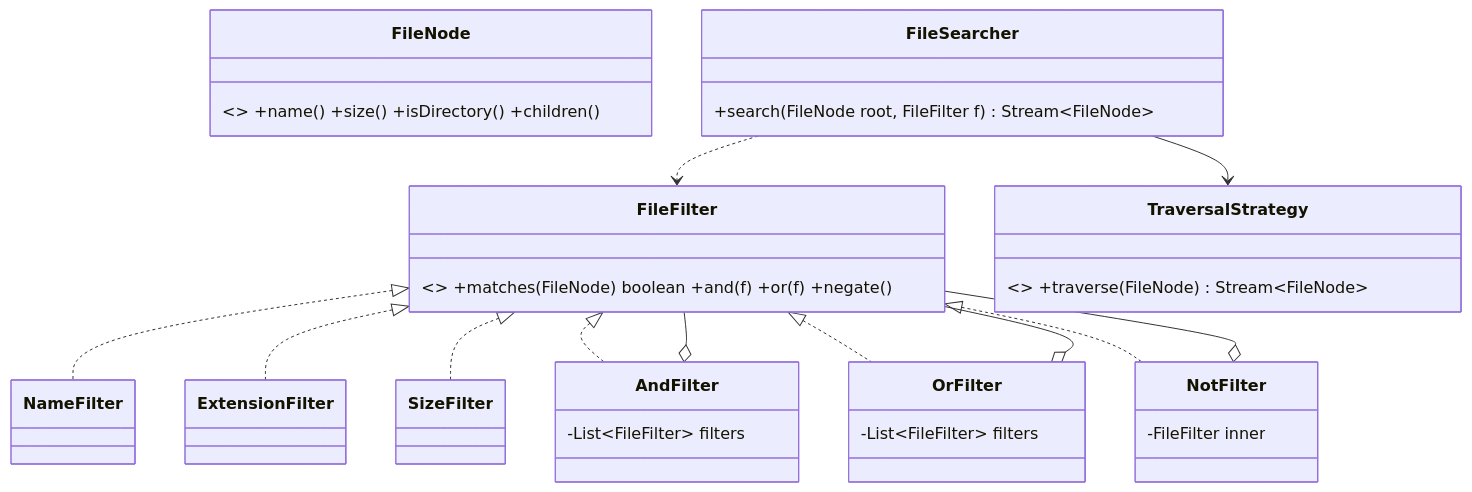
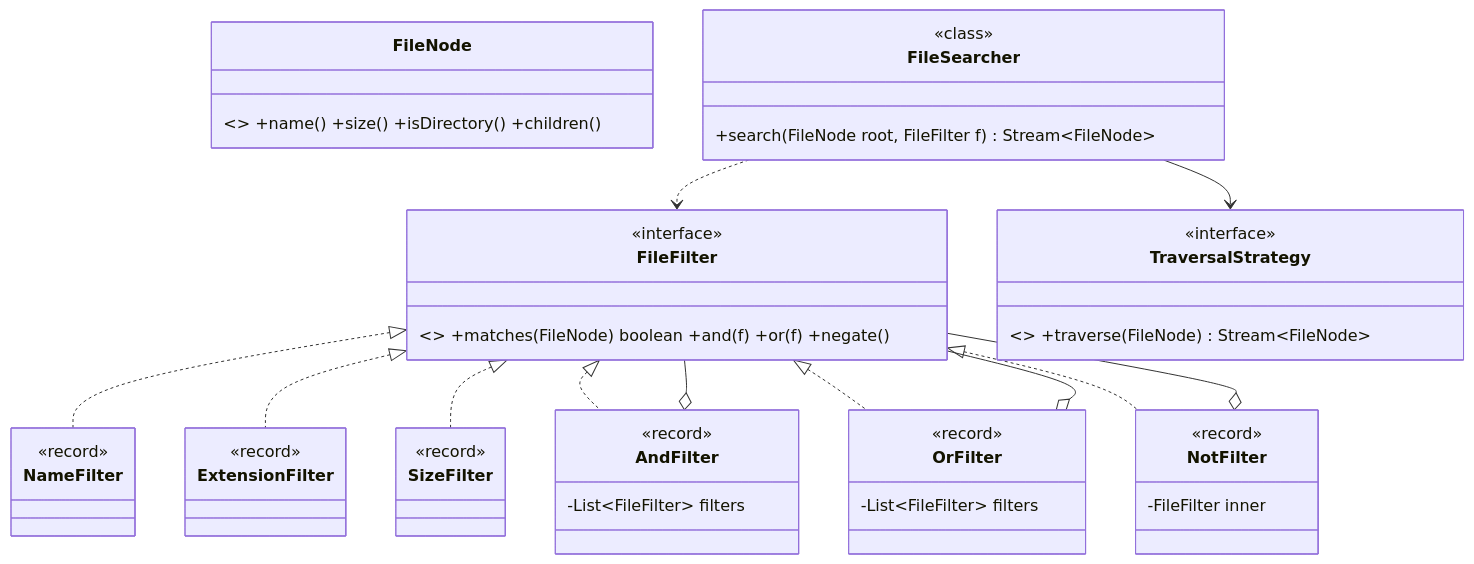
One commit to amarkum/amarkumar.guru changed the first of 3 diagrams in system-design/lld/03-file-search.md. Above: the diagram before and after it, drawn with Mermaid. The commit also changed other lines of this file and 27 other files, not shown here.

Commit message:
Label every UML type as interface, enumeration, abstract, record or class, add missing enums, and colour-code them.

````diff
--- a/system-design/lld/03-file-search.md
+++ b/system-design/lld/03-file-search.md
@@ -36,24 +36,48 @@
 ```mermaid
 classDiagram
     class FileNode { <<interface>> +name() +size() +isDirectory() +children() }
     class FileFilter { <<interface>> +matches(FileNode) boolean +and(f) +or(f) +negate() }
-    class NameFilter
-    class ExtensionFilter
-    class SizeFilter
+    class NameFilter {
+      <<record>>
+    }
+    class ExtensionFilter {
+      <<record>>
+    }
+    class SizeFilter {
+      <<record>>
+    }
     class AndFilter { -List~FileFilter~ filters }
     class OrFilter { -List~FileFilter~ filters }
     class NotFilter { -FileFilter inner }
     class FileSearcher { +search(FileNode root, FileFilter f) Stream~FileNode~ }
     class TraversalStrategy { <<interface>> +traverse(FileNode) Stream~FileNode~ }
     FileFilter <|.. NameFilter
     FileFilter <|.. ExtensionFilter
     FileFilter <|.. SizeFilter
     FileFilter <|.. AndFilter
     FileFilter <|.. OrFilter
     FileFilter <|.. NotFilter
     AndFilter o-- FileFilter
     OrFilter o-- FileFilter
     NotFilter o-- FileFilter
     FileSearcher --> TraversalStrategy
     FileSearcher ..> FileFilter
+    class OrFilter {
+      <<record>>
+    }
+    class FileFilter {
+      <<interface>>
+    }
+    class FileSearcher {
+      <<class>>
+    }
+    class TraversalStrategy {
+      <<interface>>
+    }
+    class NotFilter {
+      <<record>>
+    }
+    class AndFilter {
+      <<record>>
+    }
 ```
````
